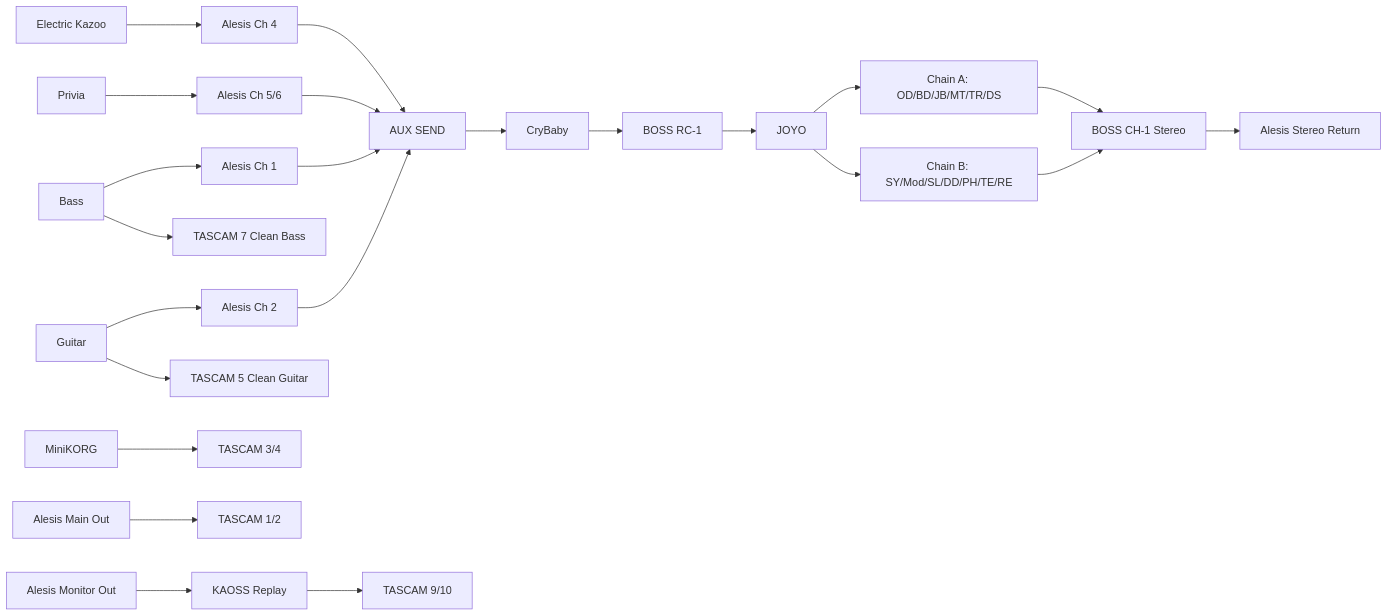
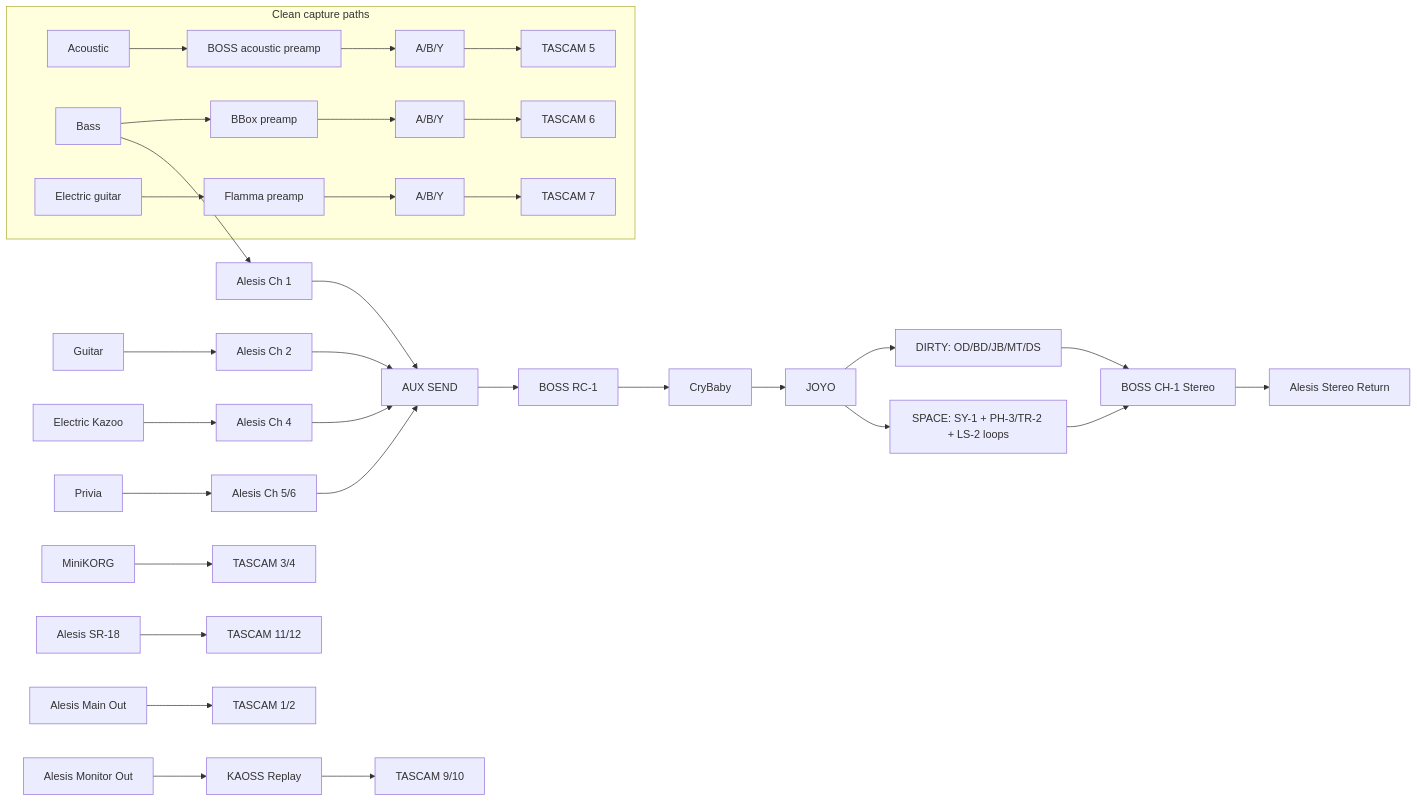
Before and after one commit to sempervent/music-rig: the diagram in diagrams/current-signal-flow.mmd, drawn with Mermaid. The commit also changed 24 other files, not shown here.

```diff
--- a/diagrams/current-signal-flow.mmd
+++ b/diagrams/current-signal-flow.mmd
@@ -1,23 +1,28 @@
 flowchart LR
+  subgraph CleanPaths[Clean capture paths]
+    Acoustic --> AcPre[BOSS acoustic preamp] --> AcABY[A/B/Y] --> Tascam5[TASCAM 5]
+    Bass --> BassPre[BBox preamp] --> BassABY[A/B/Y] --> Tascam6[TASCAM 6]
+    Electric[Electric guitar] --> ElPre[Flamma preamp] --> ElABY[A/B/Y] --> Tascam7[TASCAM 7]
+  end
+
   Bass --> Alesis1[Alesis Ch 1]
-  Guitar --> Alesis2[Alesis Ch 2]
+  Guitar[Guitar] --> Alesis2[Alesis Ch 2]
   Kazoo[Electric Kazoo] --> Alesis4[Alesis Ch 4]
   Privia --> Alesis56[Alesis Ch 5/6]
   MiniKORG --> Tascam34[TASCAM 3/4]
+  SR18[Alesis SR-18] --> Tascam1112[TASCAM 11/12]
 
   Alesis1 --> Aux[AUX SEND]
   Alesis2 --> Aux
   Alesis4 --> Aux
   Alesis56 --> Aux
 
-  Aux --> CryBaby --> RC1[BOSS RC-1] --> JOYO
-  JOYO --> ChainA[Chain A: OD/BD/JB/MT/TR/DS]
-  JOYO --> ChainB[Chain B: SY/Mod/SL/DD/PH/TE/RE]
+  Aux --> RC1[BOSS RC-1] --> CryBaby --> JOYO
+  JOYO --> ChainA[DIRTY: OD/BD/JB/MT/DS]
+  JOYO --> ChainB[SPACE: SY-1 + PH-3/TR-2 + LS-2 loops]
   ChainA --> CH1[BOSS CH-1 Stereo]
   ChainB --> CH1
   CH1 --> AlesisReturn[Alesis Stereo Return]
 
   AlesisMain[Alesis Main Out] --> Tascam12[TASCAM 1/2]
   AlesisMonitor[Alesis Monitor Out] --> KAOSS[KAOSS Replay] --> Tascam910[TASCAM 9/10]
-  Guitar --> Tascam5[TASCAM 5 Clean Guitar]
-  Bass --> Tascam7[TASCAM 7 Clean Bass]
```
